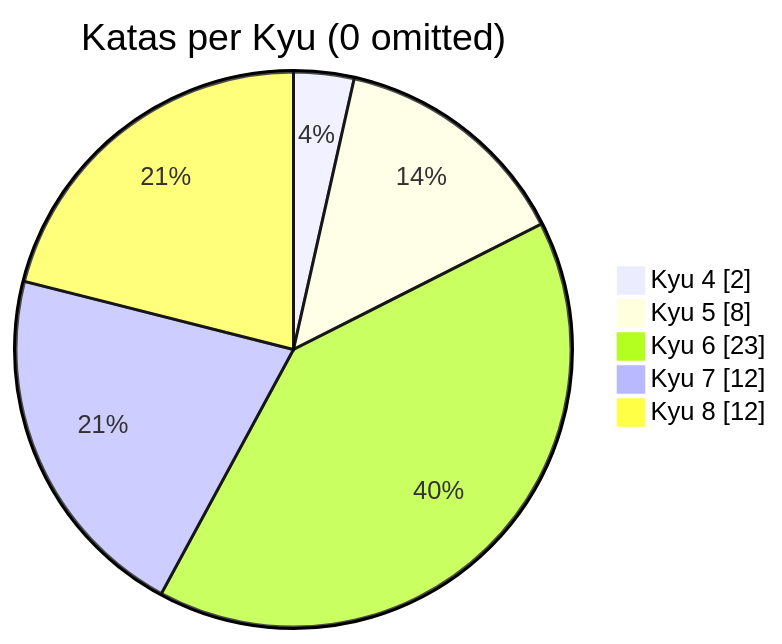
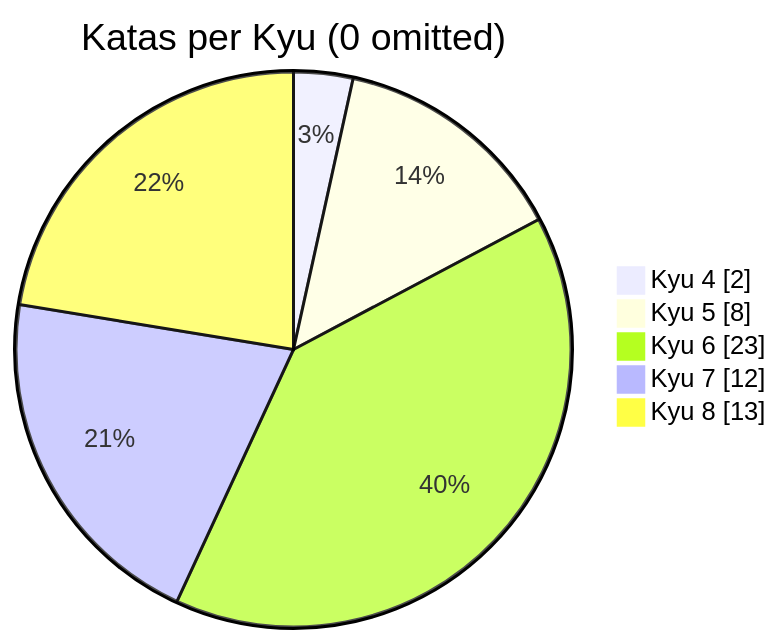
The diagram in README.md (MauricioLudwig/codewars-typescript), drawn with Mermaid before and after one commit. The commit also changed other lines of this file, not shown here.

````diff
--- a/README.md
+++ b/README.md
@@ -20,9 +20,9 @@
 ```mermaid
 pie showData
     title Katas per Kyu (0 omitted)
 	"Kyu 4": 2
 	"Kyu 5": 8
 	"Kyu 6": 23
 	"Kyu 7": 12
-	"Kyu 8": 12
+	"Kyu 8": 13
 ```
````
